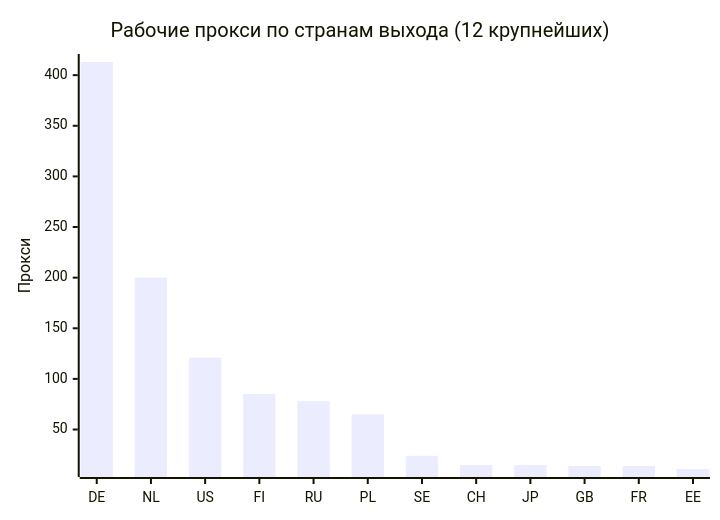
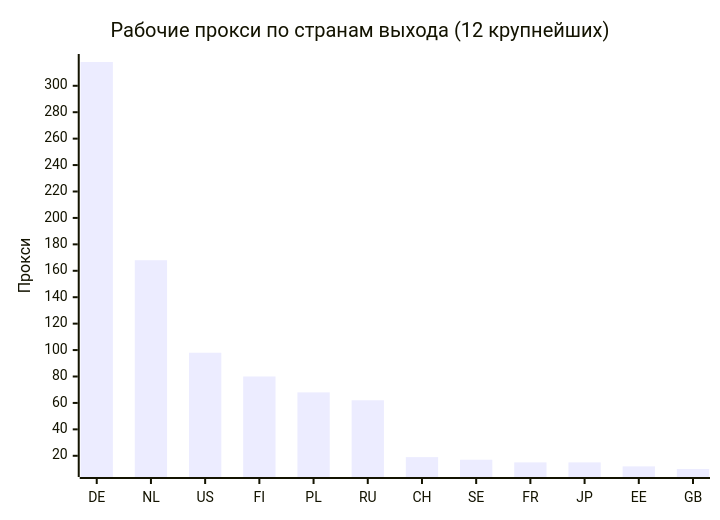
One commit to rvvg/proxy-subs changed the second of 4 diagrams in README.md. Above: the diagram before and after it, drawn with Mermaid. The commit also changed other lines of this file and 47 other files, not shown here.

````diff
--- a/README.md
+++ b/README.md
@@ -129,7 +124,7 @@
 ```mermaid
 xychart-beta
     title "Рабочие прокси по странам выхода (12 крупнейших)"
-    x-axis ["DE", "NL", "US", "FI", "RU", "PL", "SE", "CH", "JP", "GB", "FR", "EE"]
+    x-axis ["DE", "NL", "US", "FI", "PL", "RU", "CH", "SE", "FR", "JP", "EE", "GB"]
     y-axis "Прокси"
-    bar [413, 200, 121, 85, 78, 65, 24, 15, 15, 14, 14, 11]
+    bar [318, 168, 98, 80, 68, 62, 19, 17, 15, 15, 12, 10]
 ```
````
